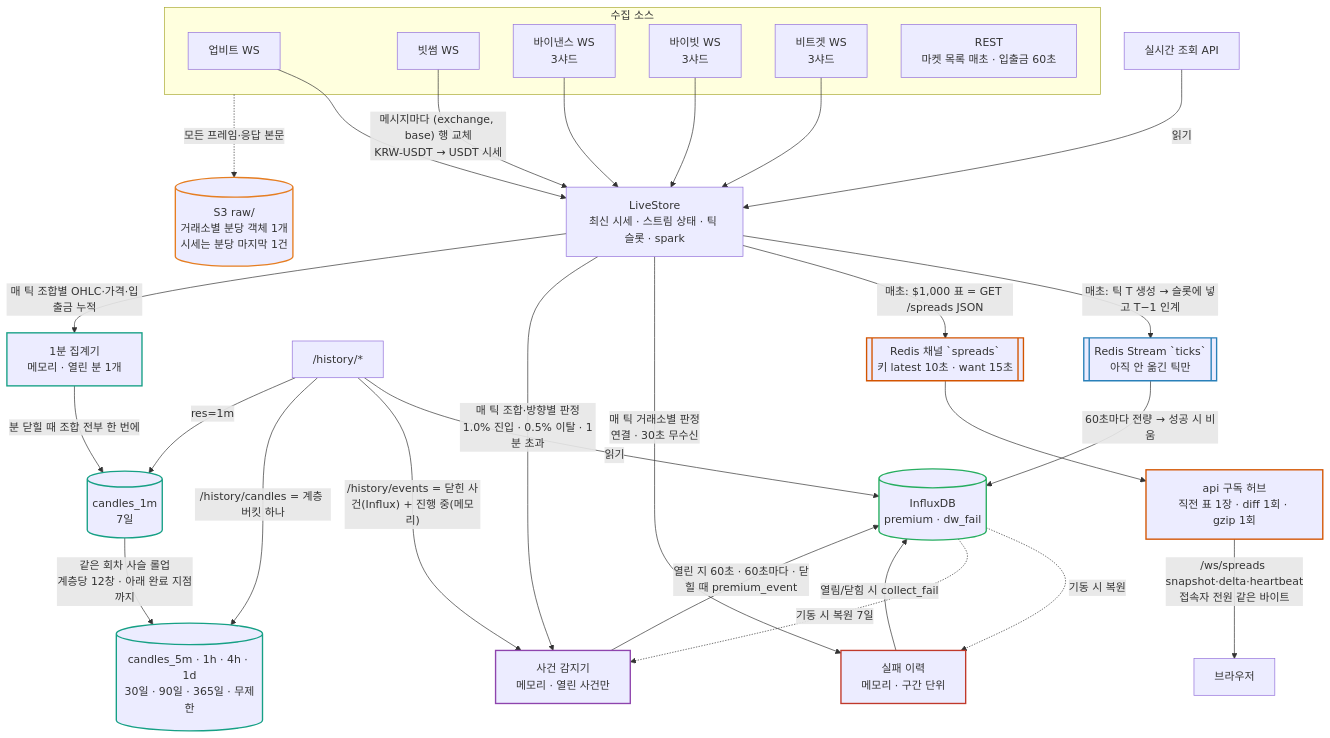
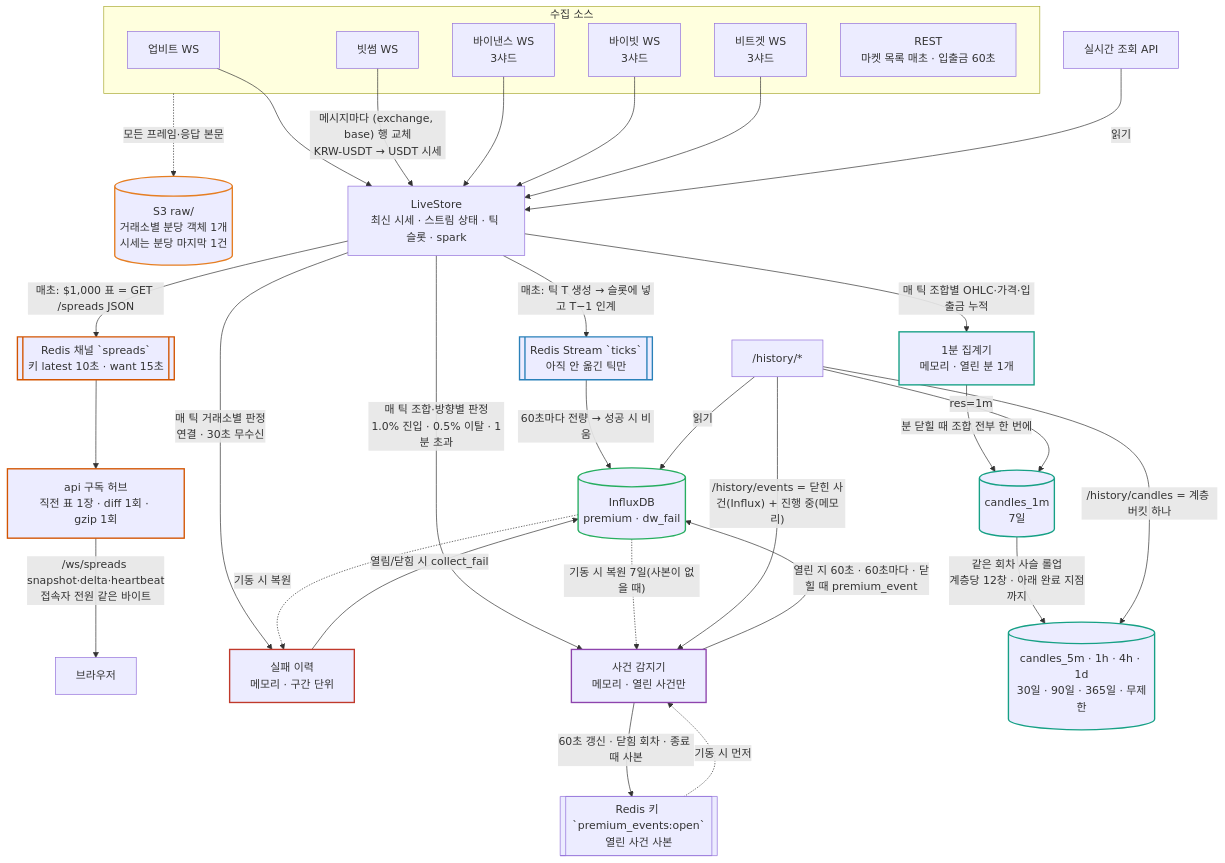
Before and after one commit to doldolgo/marketLens: the diagram in docs/context/architecture.md, drawn with Mermaid. The commit also changed other lines of this file and 6 other files, not shown here.

```diff
--- a/docs/context/architecture.md
+++ b/docs/context/architecture.md
@@ -67,7 +80,10 @@
     EVT[사건 감지기<br/>메모리 · 열린 사건만]
     LS -- "매 틱 조합·방향별 판정<br/>1.0% 진입 · 0.5% 이탈 · 1분 초과" --> EVT
     EVT -- "열린 지 60초 · 60초마다 · 닫힐 때 premium_event" --> INF
-    INF -. 기동 시 복원 7일 .-> EVT
+    SNAP[[Redis 키 `premium_events:open`<br/>열린 사건 사본]]
+    EVT -- "60초 갱신 · 닫힘 회차 · 종료 때 사본" --> SNAP
+    SNAP -. 기동 시 먼저 .-> EVT
+    INF -. "기동 시 복원 7일(사본이 없을 때)" .-> EVT
     HIST -- "/history/events = 닫힌 사건(Influx) + 진행 중(메모리)" --> EVT
 
     %% ── 014 1분 봉 → 계층 롤업 ──
```
